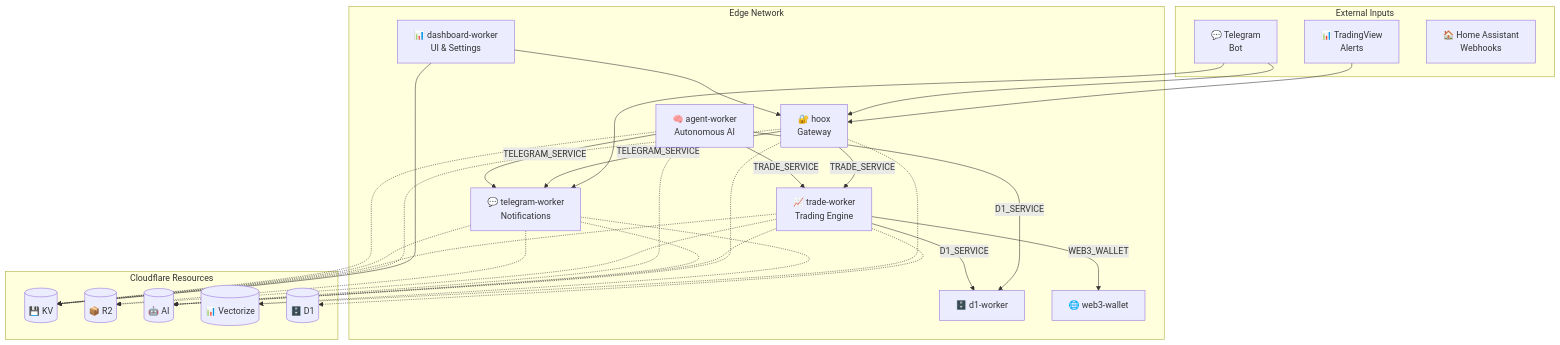
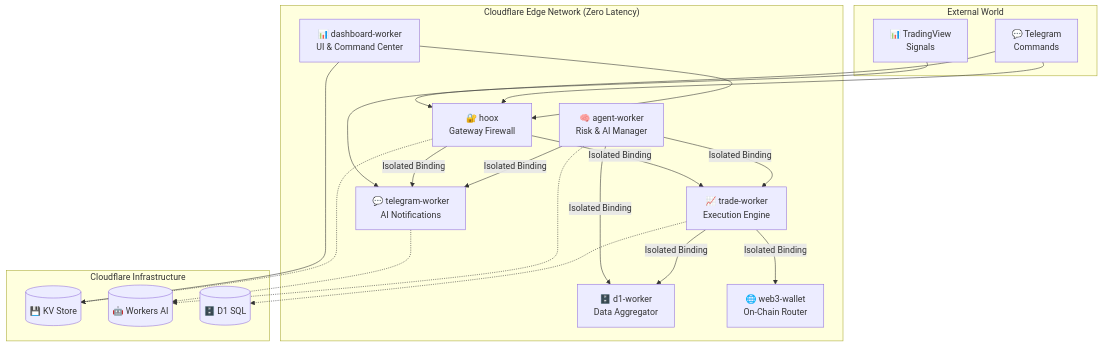
The diagram in README.md (jango-blockchained/hoox-setup), drawn with Mermaid before and after one commit. The commit also changed other lines of this file, not shown here.

Commit message:
docs: enhance README with stunning content, edge trading focus, and new features

````diff
--- a/README.md
+++ b/README.md
@@ -79,58 +69,43 @@
 ```mermaid
 graph TB
-    subgraph "External Inputs"
-        TV["📊 TradingView<br/>Alerts"]
-        TG["💬 Telegram<br/>Bot"]
-        HA["🏠 Home Assistant<br/>Webhooks"]
+    subgraph "External World"
+        TV["📊 TradingView<br/>Signals"]
+        TG["💬 Telegram<br/>Commands"]
     end
 
-    subgraph "Edge Network"
-        hoox["🔐 hoox<br/>Gateway"]
-        trade["📈 trade-worker<br/>Trading Engine"]
-        telegram["💬 telegram-worker<br/>Notifications"]
-        agent["🧠 agent-worker<br/>Autonomous AI"]
-        dash["📊 dashboard-worker<br/>UI & Settings"]
-        d1["🗄️ d1-worker"]
-        web3["🌐 web3-wallet"]
+    subgraph "Cloudflare Edge Network (Zero Latency)"
+        hoox["🔐 hoox<br/>Gateway Firewall"]
+        trade["📈 trade-worker<br/>Execution Engine"]
+        telegram["💬 telegram-worker<br/>AI Notifications"]
+        agent["🧠 agent-worker<br/>Risk & AI Manager"]
+        dash["📊 dashboard-worker<br/>UI & Command Center"]
+        d1["🗄️ d1-worker<br/>Data Aggregator"]
+        web3["🌐 web3-wallet<br/>On-Chain Router"]
     end
 
-    subgraph "Cloudflare Resources"
-        KV[(💾 KV)]
-        R2[(📦 R2)]
-        AI[(🤖 AI)]
-        VEC[(📊 Vectorize)]
-        DB[(🗄️ D1)]
+    subgraph "Cloudflare Infrastructure"
+        KV[(💾 KV Store)]
+        AI[(🤖 Workers AI)]
+        DB[(🗄️ D1 SQL)]
     end
 
     TV --> hoox
     TG --> hoox
     TG --> telegram
     dash --> KV
     dash --> hoox
 
-    hoox -->|TRADE_SERVICE| trade
-    hoox -->|TELEGRAM_SERVICE| telegram
-    agent -->|TRADE_SERVICE| trade
-    agent -->|TELEGRAM_SERVICE| telegram
-    agent -->|D1_SERVICE| d1
+    hoox -->|Isolated Binding| trade
+    hoox -->|Isolated Binding| telegram
+    agent -->|Isolated Binding| trade
+    agent -->|Isolated Binding| telegram
+    agent -->|Isolated Binding| d1
 
-    trade -->|D1_SERVICE| d1
-    trade -->|WEB3_WALLET| web3
+    trade -->|Isolated Binding| d1
+    trade -->|Isolated Binding| web3
 
     hoox -.-> KV
-    hoox -.-> VEC
-    hoox -.-> AI
-
-    trade -.-> KV
-    trade -.-> R2
-    trade -.-> AI
     trade -.-> DB
-
-    telegram -.-> KV
-    telegram -.-> R2
-    telegram -.-> VEC
     telegram -.-> AI
-    
-    agent -.-> KV
     agent -.-> AI
 ```
````
